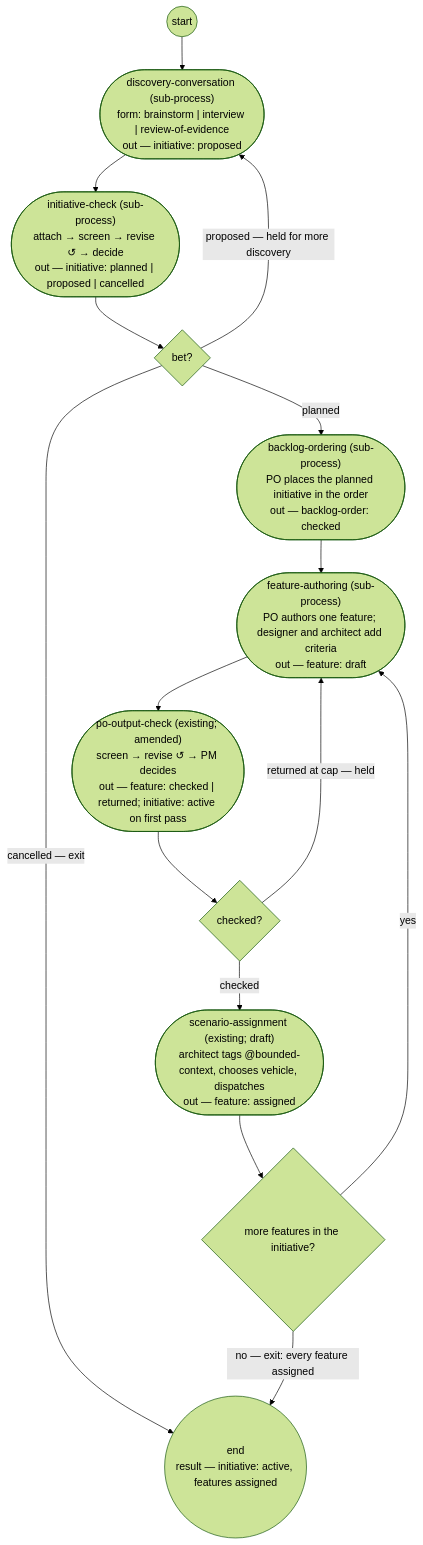
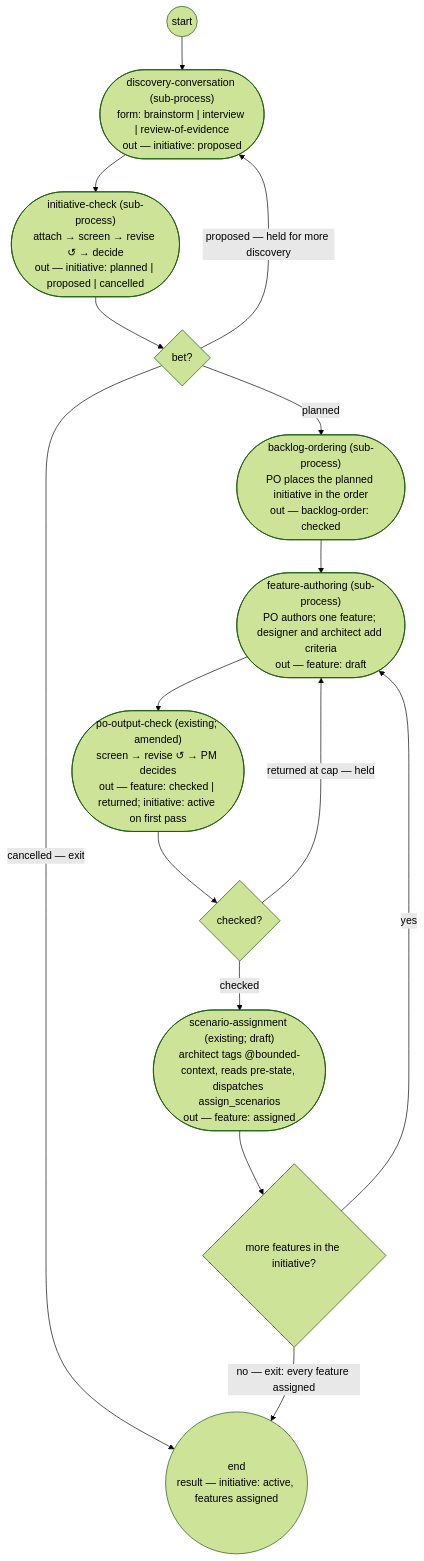
One commit to dstengle/shopsystem-product changed the diagram in briefs/annex-032.md. Above: the diagram before and after it, drawn with Mermaid (forest theme). The commit also changed other lines of this file and 8 other files, not shown here.

````diff
--- a/briefs/annex-032.md
+++ b/briefs/annex-032.md
@@ -14,27 +14,27 @@
 ```mermaid
 flowchart TD
   discover(["discovery-conversation (sub-process)<br/>form: brainstorm | interview | review-of-evidence<br/>out — initiative: proposed"])
   check(["initiative-check (sub-process)<br/>attach → screen → revise ↺ → decide<br/>out — initiative: planned | proposed | cancelled"])
   route1{"bet?"}
   order(["backlog-ordering (sub-process)<br/>PO places the planned initiative in the order<br/>out — backlog-order: checked"])
   author(["feature-authoring (sub-process)<br/>PO authors one feature; designer and architect add criteria<br/>out — feature: draft"])
   pocheck(["po-output-check (existing; amended)<br/>screen → revise ↺ → PM decides<br/>out — feature: checked | returned; initiative: active on first pass"])
   route2{"checked?"}
-  assign(["scenario-assignment (existing; draft)<br/>architect tags @bounded-context, chooses vehicle, dispatches<br/>out — feature: assigned"])
+  assign(["scenario-assignment (existing; draft)<br/>architect tags @bounded-context, reads pre-state, dispatches assign_scenarios<br/>out — feature: assigned"])
   more{"more features in the initiative?"}
   __start(("start")) --> discover
   discover --> check
   check --> route1
   route1 -->|planned| order
   route1 -->|cancelled — exit| __end
   route1 -->|proposed — held for more discovery| discover
   order --> author
   author --> pocheck
   pocheck --> route2
   route2 -->|checked| assign
   route2 -->|returned at cap — held| author
   assign --> more
   more -->|yes| author
   more -->|no — exit: every feature assigned| __end
   __end(("end<br/>result — initiative: active, features assigned"))
 ```
````
